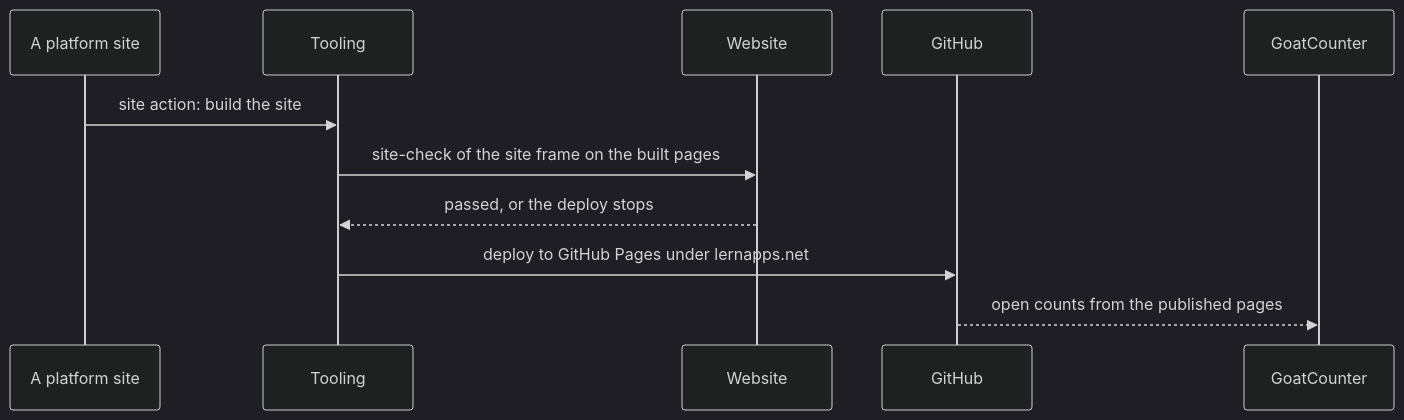
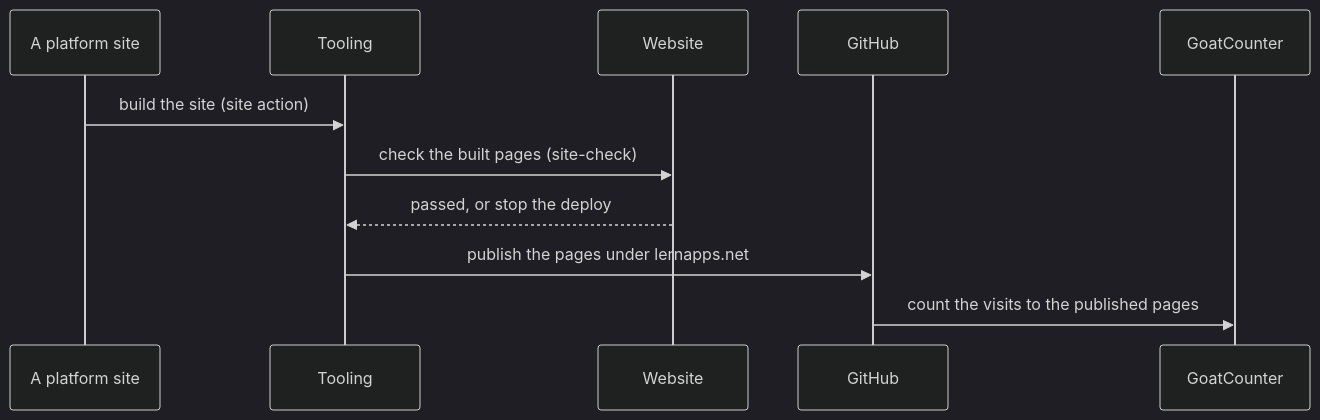
The sixth of 6 diagrams in docs/arc42/06-runtime-view.arc42.md (lernapps/docs), drawn with Mermaid (dark theme) before and after one commit. The commit also changed other lines of this file and 3 other files, not shown here.

First line of the commit message:
docs(overview): draw the flows as sequence diagrams

````diff
--- a/docs/arc42/06-runtime-view.arc42.md
+++ b/docs/arc42/06-runtime-view.arc42.md
@@ -241,13 +242,13 @@
 ```mermaid
 sequenceDiagram
     participant docs as A platform site
     participant tooling as Tooling
     participant website as Website
     participant github as GitHub
     participant counter as GoatCounter
-    docs->>tooling: site action: build the site
-    tooling->>website: site-check of the site frame on the built pages
-    website-->>tooling: passed, or the deploy stops
-    tooling->>github: deploy to GitHub Pages under lernapps.net
-    github-->>counter: open counts from the published pages
+    docs->>tooling: build the site (site action)
+    tooling->>website: check the built pages (site-check)
+    website-->>tooling: passed, or stop the deploy
+    tooling->>github: publish the pages under lernapps.net
+    github->>counter: count the visits to the published pages
 ```
````
